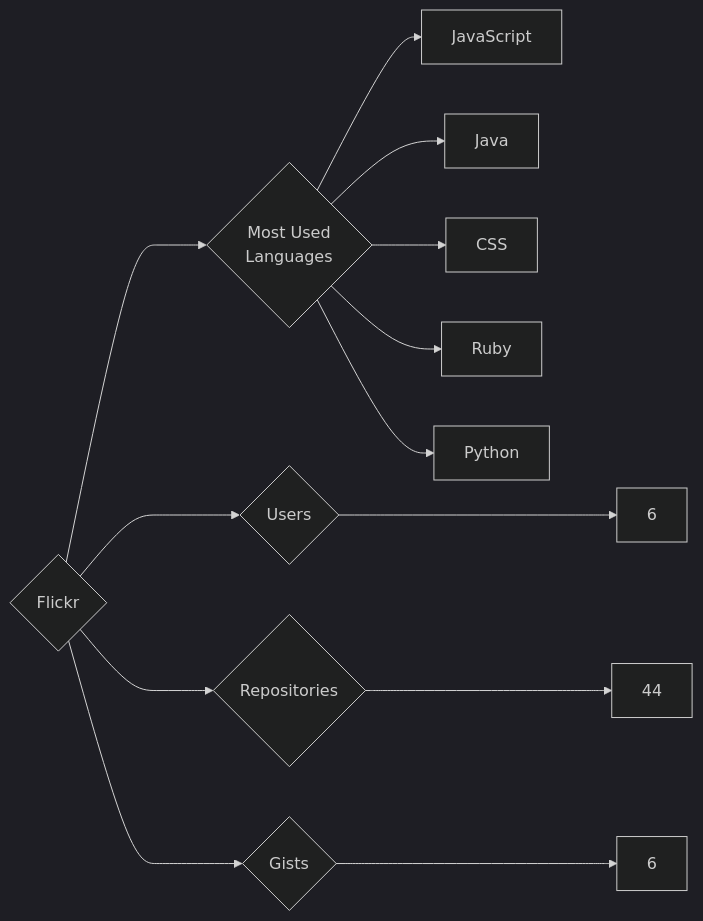
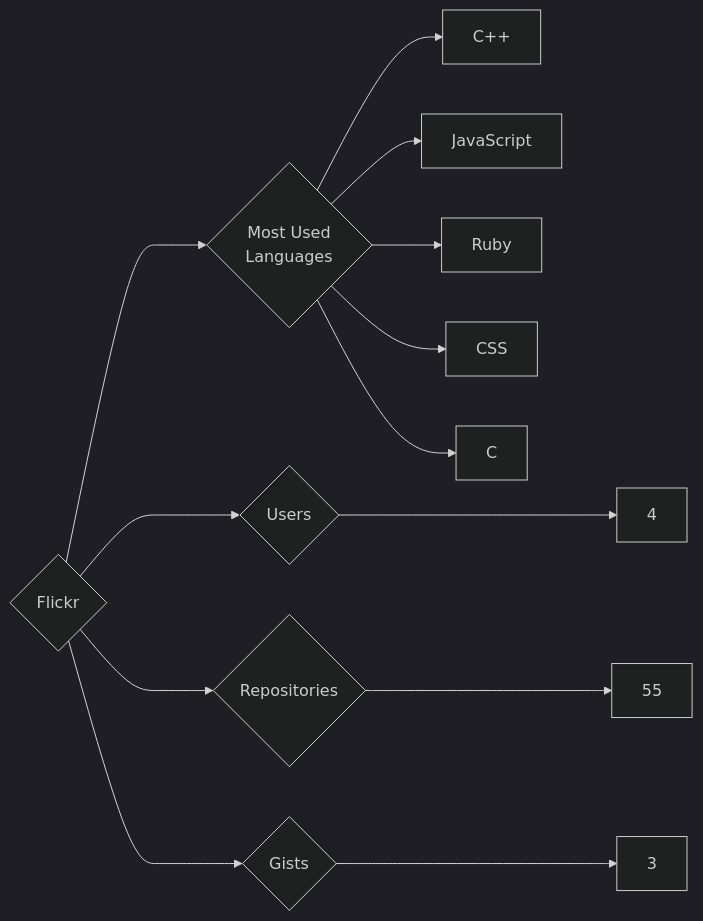
Before and after one commit to trickest/insiders: the diagram in targets/Flickr/README.md, drawn with Mermaid (dark theme). The commit also changed 993 other files, not shown here.

````diff
--- a/targets/Flickr/README.md
+++ b/targets/Flickr/README.md
@@ -3,13 +3,13 @@
 ```mermaid
 graph LR
 COMPANY_NAME{Flickr}
-COMPANY_NAME ---> U{Users} ---> UN[6]
-COMPANY_NAME ---> R{Repositories} ---> RN[44]
-COMPANY_NAME ---> G{Gists} ---> GN[6]
+COMPANY_NAME ---> U{Users} ---> UN[4]
+COMPANY_NAME ---> R{Repositories} ---> RN[55]
+COMPANY_NAME ---> G{Gists} ---> GN[3]
 COMPANY_NAME ---> ML{Most Used<br>Languages}
+ML --> C++[C++]
 ML --> JavaScript[JavaScript]
-ML --> Java[Java]
+ML --> Ruby[Ruby]
 ML --> CSS[CSS]
-ML --> Ruby[Ruby]
-ML --> Python[Python]
+ML --> C[C]
 ```
````
